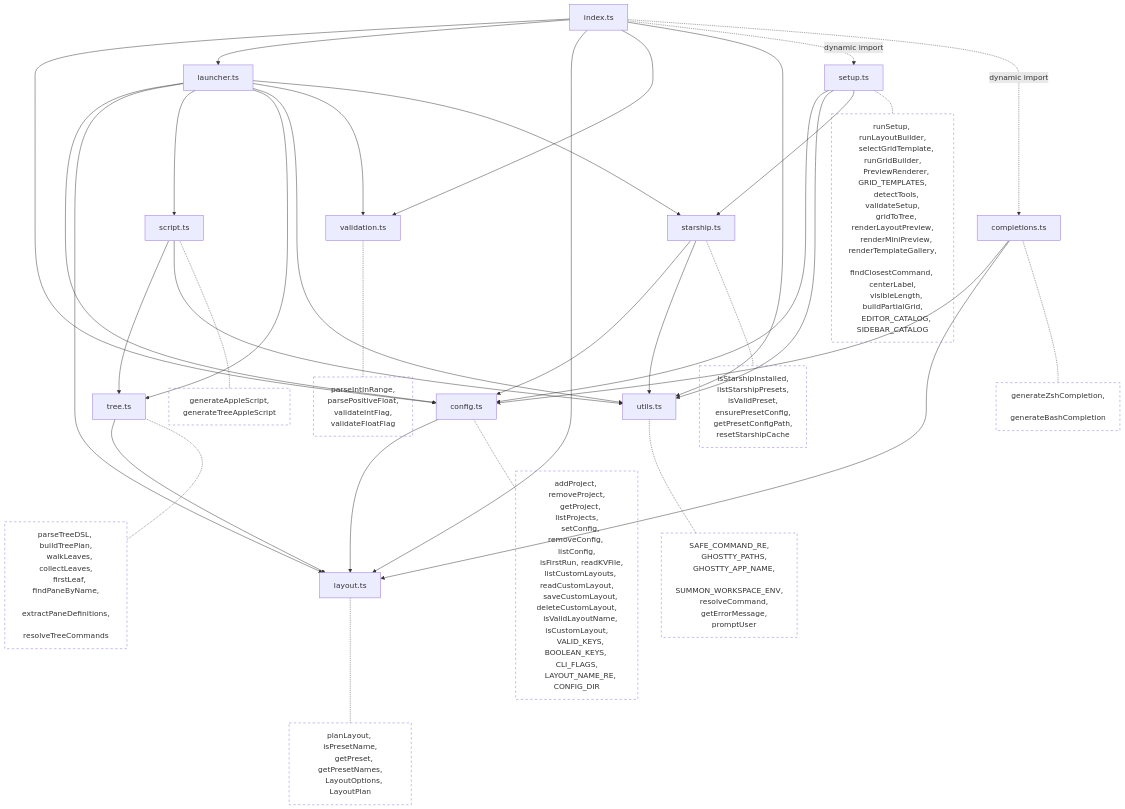
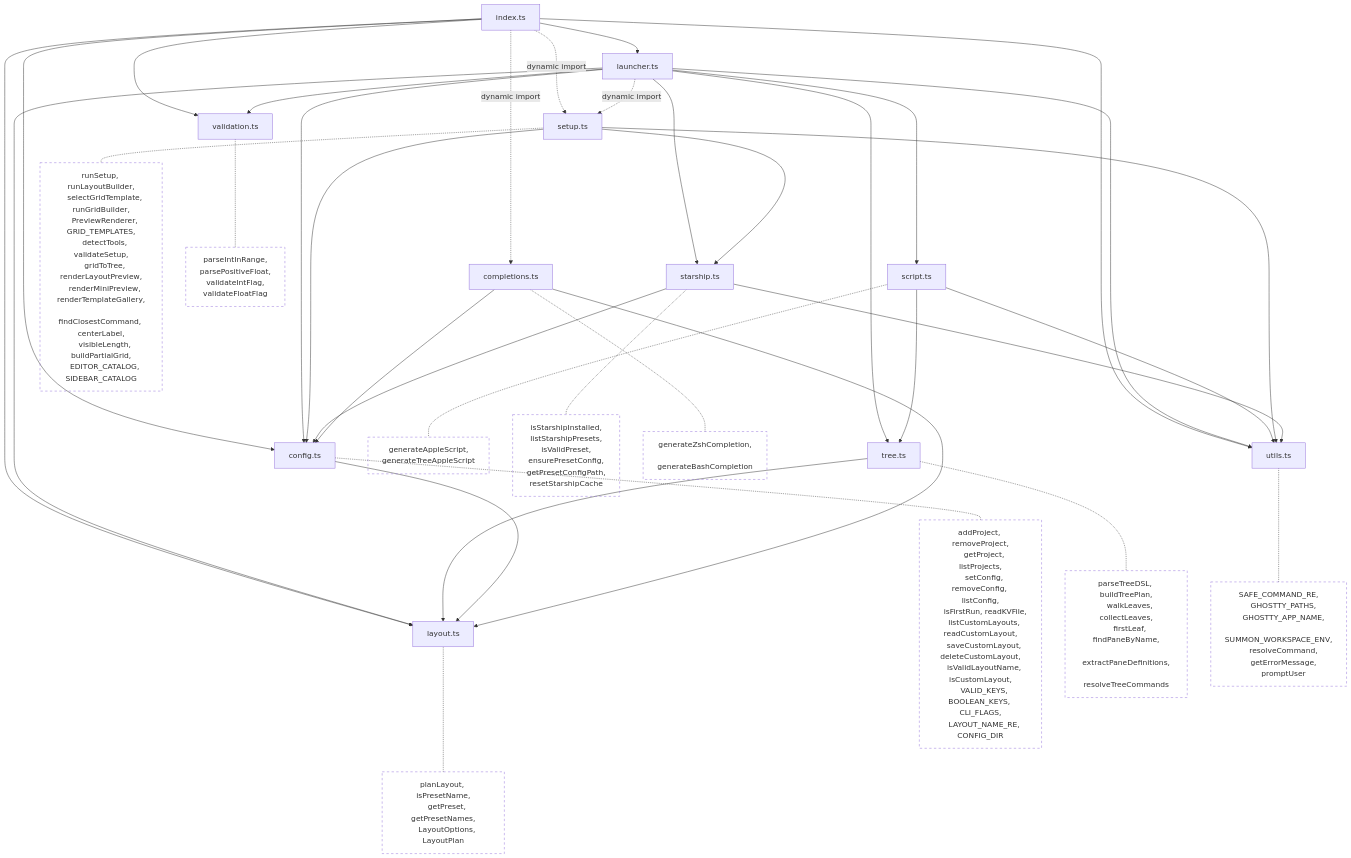
One commit to juan294/summon changed the first of 4 diagrams in docs/architecture.md. Above: the diagram before and after it, drawn with Mermaid. The commit also changed other lines of this file and 5 other files, not shown here.

First line of the commit message:
docs: update changelog, architecture, and user manual for post-v1.0.0 changes

```diff
--- a/docs/architecture.md
+++ b/docs/architecture.md
@@ -38,6 +38,7 @@
     launcher --> utils
     launcher --> validation
     launcher --> starship[starship.ts]
+    launcher -.->|dynamic import| setup
     script --> tree
     script --> utils
     tree --> layout
```
